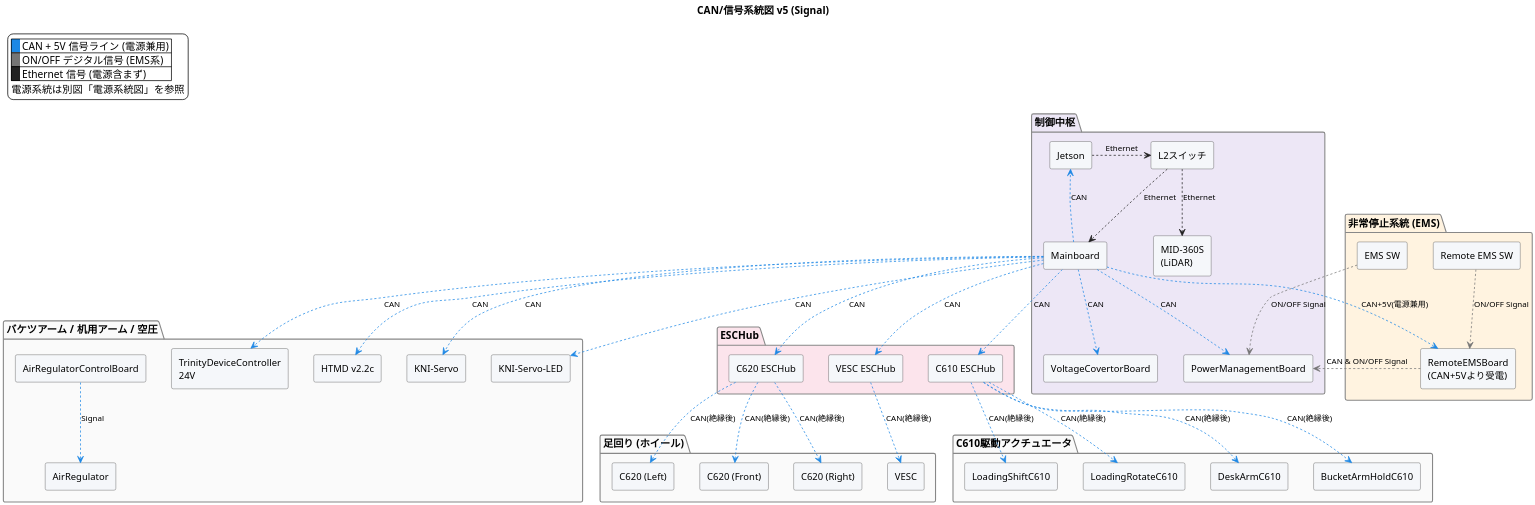
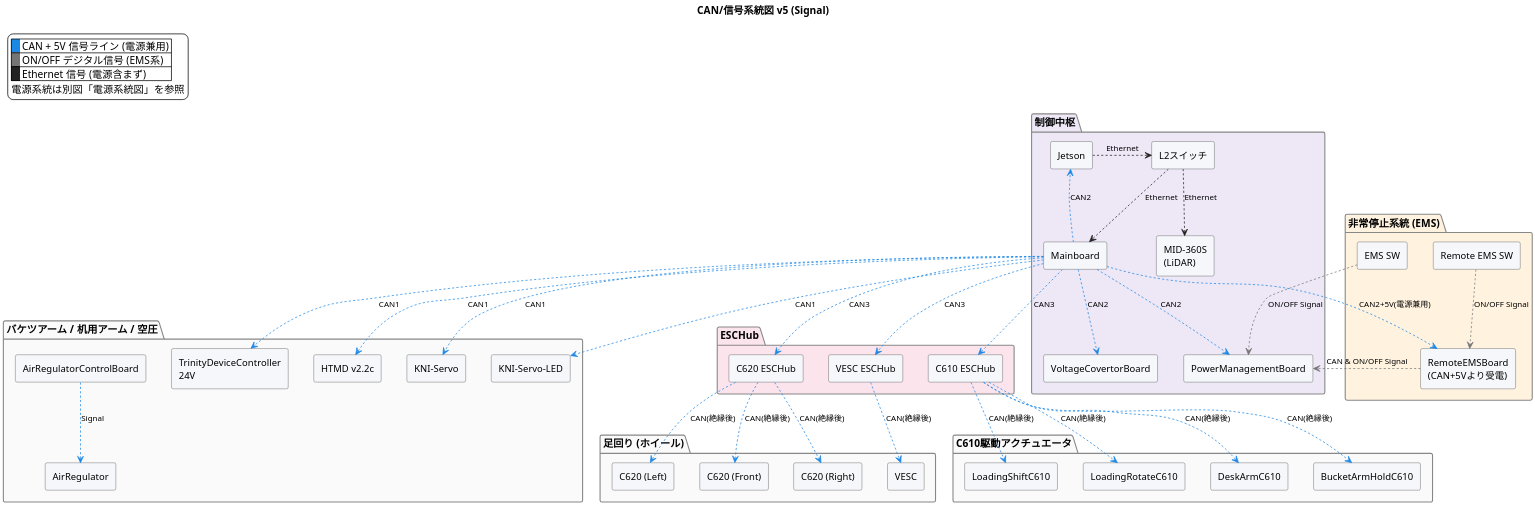
The diagram in wireing/logic_wireing_diagram.pu (tmcit-ararobo-2026a/system-design), drawn with PlantUML before and after one commit. The commit also changed 1 other file, not shown here.

```diff
--- a/wireing/logic_wireing_diagram.pu
+++ b/wireing/logic_wireing_diagram.pu
@@ -1,105 +1,105 @@
 @startuml PowerWiringDiagram_v5_Signal
 
 title CAN/信号系統図 v5 (Signal)
 
 skinparam componentStyle rectangle
 skinparam backgroundColor #FFFFFF
 skinparam component {
   BackgroundColor #F5F7FA
   BorderColor #444444
   FontSize 13
 }
 skinparam package {
   BackgroundColor #FAFAFA
   BorderColor #888888
   FontSize 14
   FontStyle bold
 }
 skinparam ArrowFontSize 11
 skinparam shadowing false
 scale 4960*3508
 
 legend top left
   |<back:#1E88E5>   </back> CAN + 5V 信号ライン (電源兼用) |
   |<back:#757575>   </back> ON/OFF デジタル信号 (EMS系) |
   |<back:#212121>   </back> Ethernet 信号 (電源含まず) |
   電源系統は別図「電源系統図」を参照
 endlegend
 
 package "非常停止系統 (EMS)" #FFF3E0 {
   component "EMS SW" as EMS_SW
   component "Remote EMS SW" as RemoteEMS_SW
   component "RemoteEMSBoard\n(CAN+5Vより受電)" as RemoteEMSBoard
 }
 
 package "制御中枢" as CoreLogic #EDE7F6 {
   component "PowerManagementBoard" as PMB
   component Mainboard
   component Jetson
   component "VoltageCovertorBoard" as VConv
   component "MID-360S\n(LiDAR)" as MID360S
   component "L2スイッチ" as L2SW
 }
 
 EMS_SW .[#757575].> PMB : ON/OFF Signal
 RemoteEMS_SW .[#757575].> RemoteEMSBoard : ON/OFF Signal
 RemoteEMSBoard .[#757575].> PMB : CAN & ON/OFF Signal
-Mainboard .[#1E88E5].> RemoteEMSBoard : CAN+5V(電源兼用)
-Mainboard .[#1E88E5].> PMB : CAN
-Mainboard .[#1E88E5].> Jetson : CAN
-Mainboard .[#1E88E5].> VConv : CAN
+Mainboard .[#1E88E5].> RemoteEMSBoard : CAN2+5V(電源兼用)
+Mainboard .[#1E88E5].> PMB : CAN2
+Mainboard .[#1E88E5].> Jetson : CAN2
+Mainboard .[#1E88E5].> VConv : CAN2
 Jetson .[#212121]right.> L2SW : Ethernet
 L2SW .[#212121].> Mainboard : Ethernet
 L2SW .[#212121].> MID360S : Ethernet
 
 package "足回り (ホイール)" {
   component VESC
   component "C620 (Front)" as C620_F
   component "C620 (Left)" as C620_L
   component "C620 (Right)" as C620_R
 }
 
 package "バケツアーム / 机用アーム / 空圧" as Actuators {
   component "HTMD v2.2c" as HTMD
   component "KNI-Servo" as KNI_Servo
   component "KNI-Servo-LED" as KNI_LED
   component "TrinityDeviceController\n24V" as Trinity24V
   component "AirRegulatorControlBoard" as ARCB
   component "AirRegulator" as AirReg
 }
 
 package "ESCHub" as ESCHub #FCE4EC {
   component "C620 ESCHub" as C620Hub
   component "C610 ESCHub" as C610Hub
   component "VESC ESCHub" as VESCHub
 }
 
 package "C610駆動アクチュエータ" {
   component "BucketArmHoldC610" as BAH_C610
   component "LoadingShiftC610" as LS_C610
   component "LoadingRotateC610" as LR_C610
   component "DeskArmC610" as DA_C610
 }
 
-Mainboard .[#1E88E5].> HTMD : CAN
-Mainboard .[#1E88E5].> KNI_Servo : CAN
-Mainboard .[#1E88E5].> KNI_LED : CAN
-Mainboard .[#1E88E5].> Trinity24V : CAN
+Mainboard .[#1E88E5].> HTMD : CAN1
+Mainboard .[#1E88E5].> KNI_Servo : CAN1
+Mainboard .[#1E88E5].> KNI_LED : CAN1
+Mainboard .[#1E88E5].> Trinity24V : CAN1
 
-Mainboard .[#1E88E5].> C620Hub : CAN
+Mainboard .[#1E88E5].> C620Hub : CAN3
 C620Hub .[#1E88E5].> C620_F : CAN(絶縁後)
 C620Hub .[#1E88E5].> C620_L : CAN(絶縁後)
 C620Hub .[#1E88E5].> C620_R : CAN(絶縁後)
 
-Mainboard .[#1E88E5].> C610Hub : CAN
+Mainboard .[#1E88E5].> C610Hub : CAN3
 C610Hub .[#1E88E5].> BAH_C610 : CAN(絶縁後)
 C610Hub .[#1E88E5].> LS_C610 : CAN(絶縁後)
 C610Hub .[#1E88E5].> LR_C610 : CAN(絶縁後)
 C610Hub .[#1E88E5].> DA_C610 : CAN(絶縁後)
 
-Mainboard .[#1E88E5].> VESCHub : CAN
+Mainboard .[#1E88E5].> VESCHub : CAN3
 VESCHub .[#1E88E5].> VESC : CAN(絶縁後)
 
 ARCB .[#1E88E5].> AirReg : Signal
 
 @enduml
```
